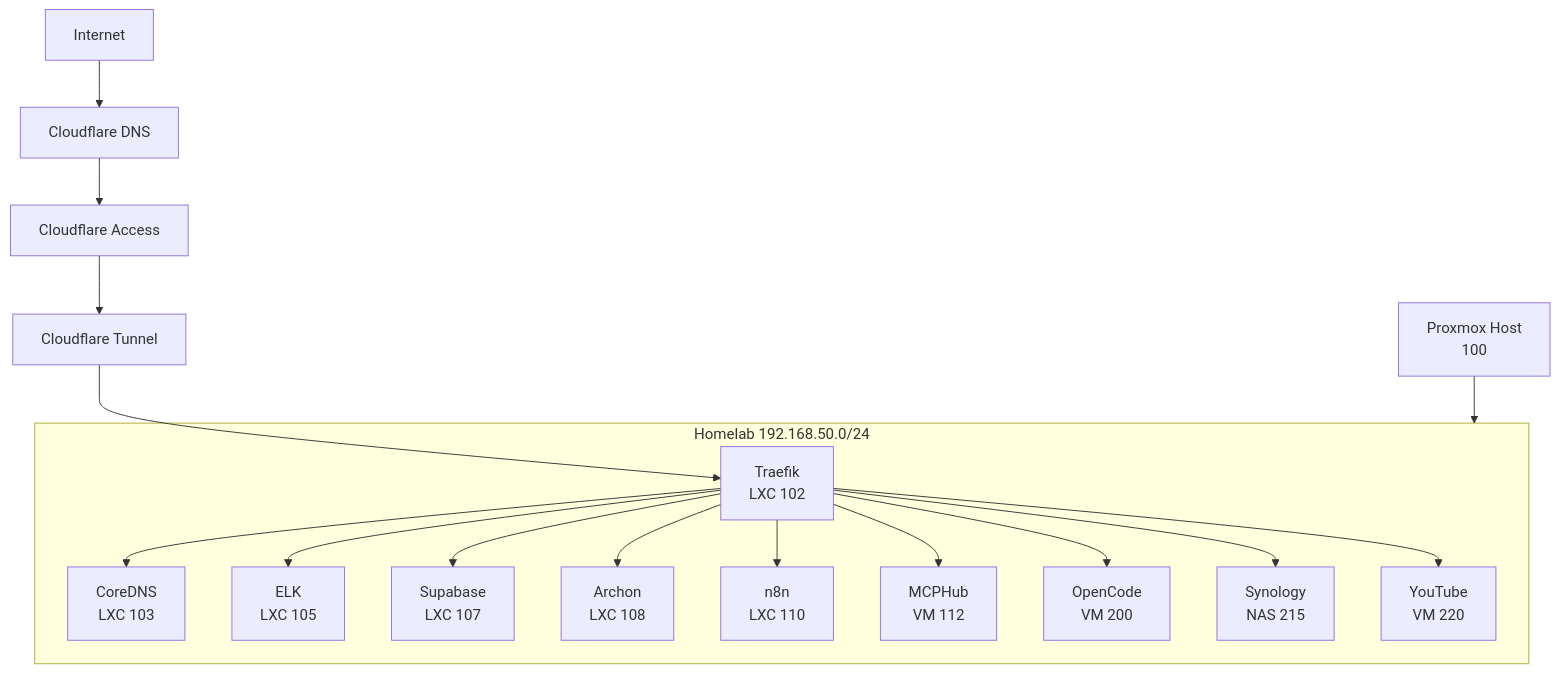
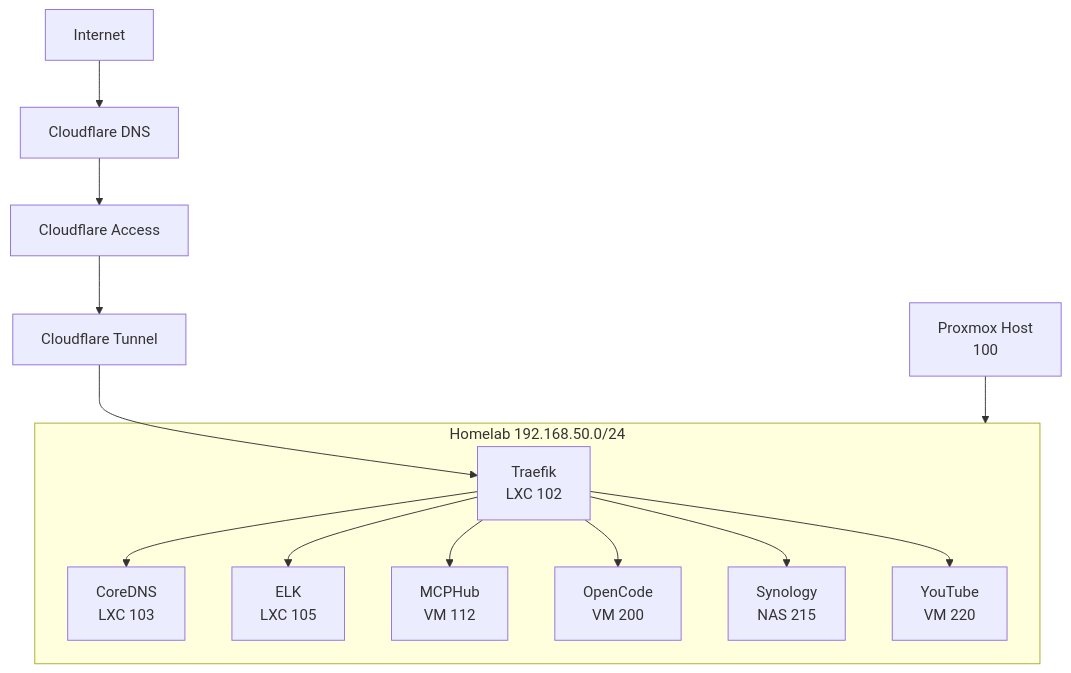
One commit to jclee941/terraform changed the first of 4 diagrams in ARCHITECTURE.md. Above: the diagram before and after it, drawn with Mermaid. The commit also changed other lines of this file and 93 other files, not shown here.

````diff
--- a/ARCHITECTURE.md
+++ b/ARCHITECTURE.md
@@ -115,21 +114,18 @@
 ```mermaid
 flowchart TB
   Internet["Internet"] --> CFDNS["Cloudflare DNS"]
   CFDNS --> CFAccess["Cloudflare Access"]
   CFAccess --> CFTunnel["Cloudflare Tunnel"]
   CFTunnel --> Traefik["Traefik\nLXC 102"]
 
   subgraph Homelab["Homelab 192.168.50.0/24"]
     Traefik --> CoreDNS["CoreDNS\nLXC 103"]
     Traefik --> ELK["ELK\nLXC 105"]
-    Traefik --> Supabase["Supabase\nLXC 107"]
-    Traefik --> Archon["Archon\nLXC 108"]
-    Traefik --> N8N["n8n\nLXC 110"]
     Traefik --> MCPHub["MCPHub\nVM 112"]
     Traefik --> OC["OpenCode\nVM 200"]
     Traefik --> Synology["Synology\nNAS 215"]
     Traefik --> YouTube["YouTube\nVM 220"]
   end
 
   PVE["Proxmox Host\n100"] --> Homelab
 ```
````
